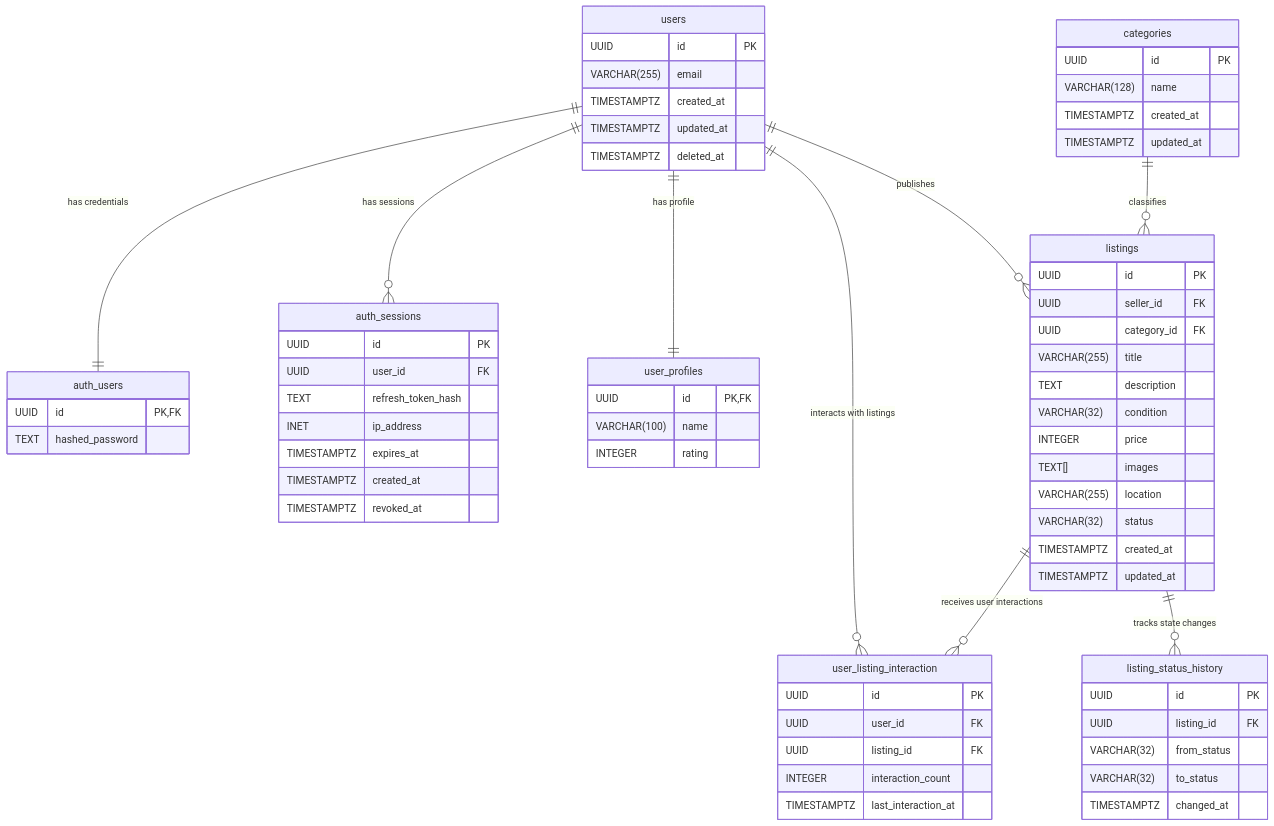
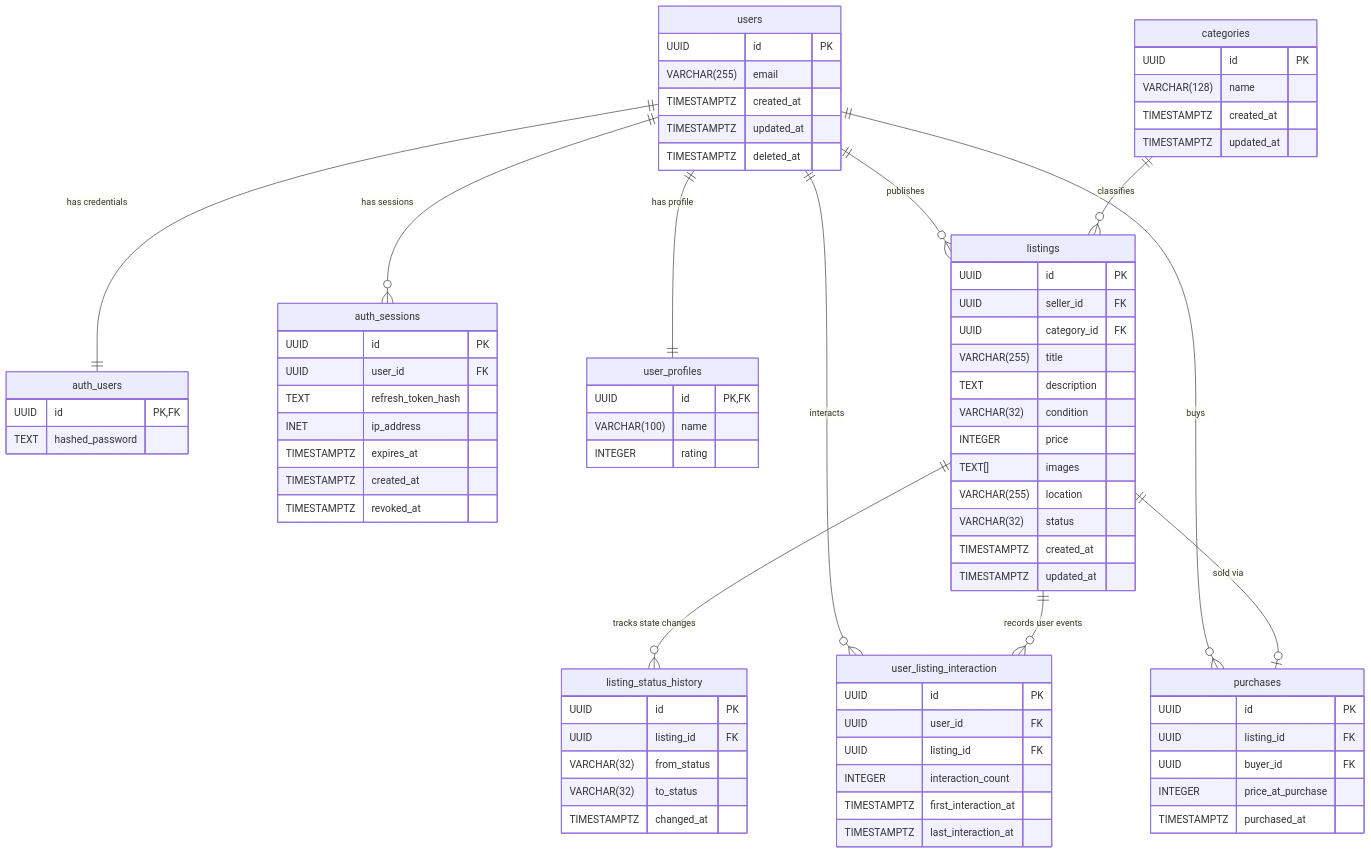
One commit to Moviles-ISIS3510-S4-G44/backend changed the diagram in docs/schema/schema.mmd. Above: the diagram before and after it, drawn with Mermaid. The commit also changed 28 other files, not shown here.

```diff
--- a/docs/schema/schema.mmd
+++ b/docs/schema/schema.mmd
@@ -1,77 +1,88 @@
 erDiagram
 
     users {
         UUID id PK
         VARCHAR(255) email
         TIMESTAMPTZ created_at
         TIMESTAMPTZ updated_at
         TIMESTAMPTZ deleted_at
     }
 
     auth_users {
         UUID id PK, FK
         TEXT hashed_password
     }
 
     auth_sessions {
         UUID id PK
         UUID user_id FK
         TEXT refresh_token_hash
         INET ip_address
         TIMESTAMPTZ expires_at
         TIMESTAMPTZ created_at
         TIMESTAMPTZ revoked_at
     }
 
     user_profiles {
         UUID id PK, FK
         VARCHAR(100) name
         INTEGER rating
     }
 
     categories {
         UUID id PK
         VARCHAR(128) name
         TIMESTAMPTZ created_at
         TIMESTAMPTZ updated_at
     }
 
     listings {
         UUID id PK
         UUID seller_id FK
         UUID category_id FK
         VARCHAR(255) title
         TEXT description
         VARCHAR(32) condition
         INTEGER price
         TEXT[] images
         VARCHAR(255) location
         VARCHAR(32) status
         TIMESTAMPTZ created_at
         TIMESTAMPTZ updated_at
     }
 
     listing_status_history {
         UUID id PK
         UUID listing_id FK
         VARCHAR(32) from_status
         VARCHAR(32) to_status
         TIMESTAMPTZ changed_at
     }
 
     user_listing_interaction {
         UUID id PK
         UUID user_id FK
         UUID listing_id FK
         INTEGER interaction_count
+        TIMESTAMPTZ first_interaction_at
         TIMESTAMPTZ last_interaction_at
+    }
+
+    purchases {
+        UUID id PK
+        UUID listing_id FK
+        UUID buyer_id FK
+        INTEGER price_at_purchase
+        TIMESTAMPTZ purchased_at
     }
 
     users ||--|| auth_users : "has credentials"
     users ||--o{ auth_sessions : "has sessions"
     users ||--|| user_profiles : "has profile"
     users ||--o{ listings : "publishes"
+    users ||--o{ user_listing_interaction : "interacts"
     categories ||--o{ listings : "classifies"
     listings ||--o{ listing_status_history : "tracks state changes"
-    users ||--o{ user_listing_interaction : "interacts with listings"
-    listings ||--o{ user_listing_interaction : "receives user interactions"
+    listings ||--o{ user_listing_interaction : "records user events"
+    users ||--o{ purchases : "buys"
+    listings ||--o| purchases : "sold via"
```
